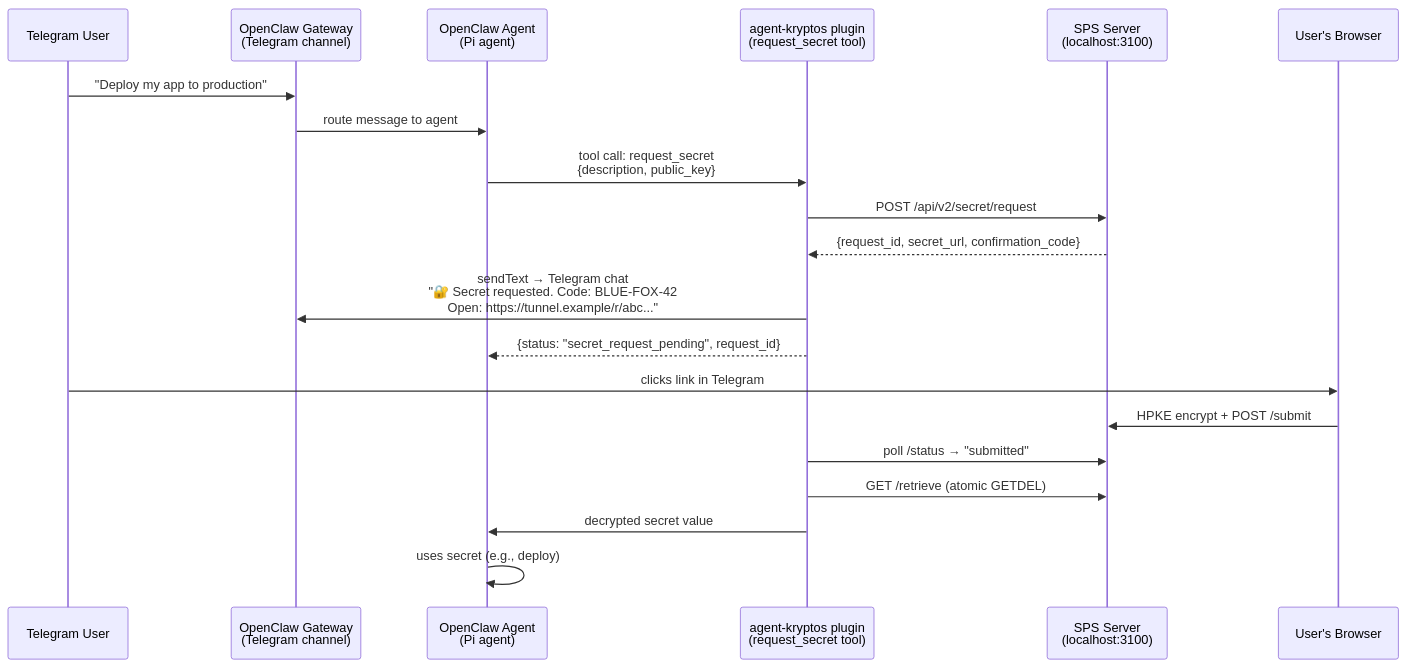
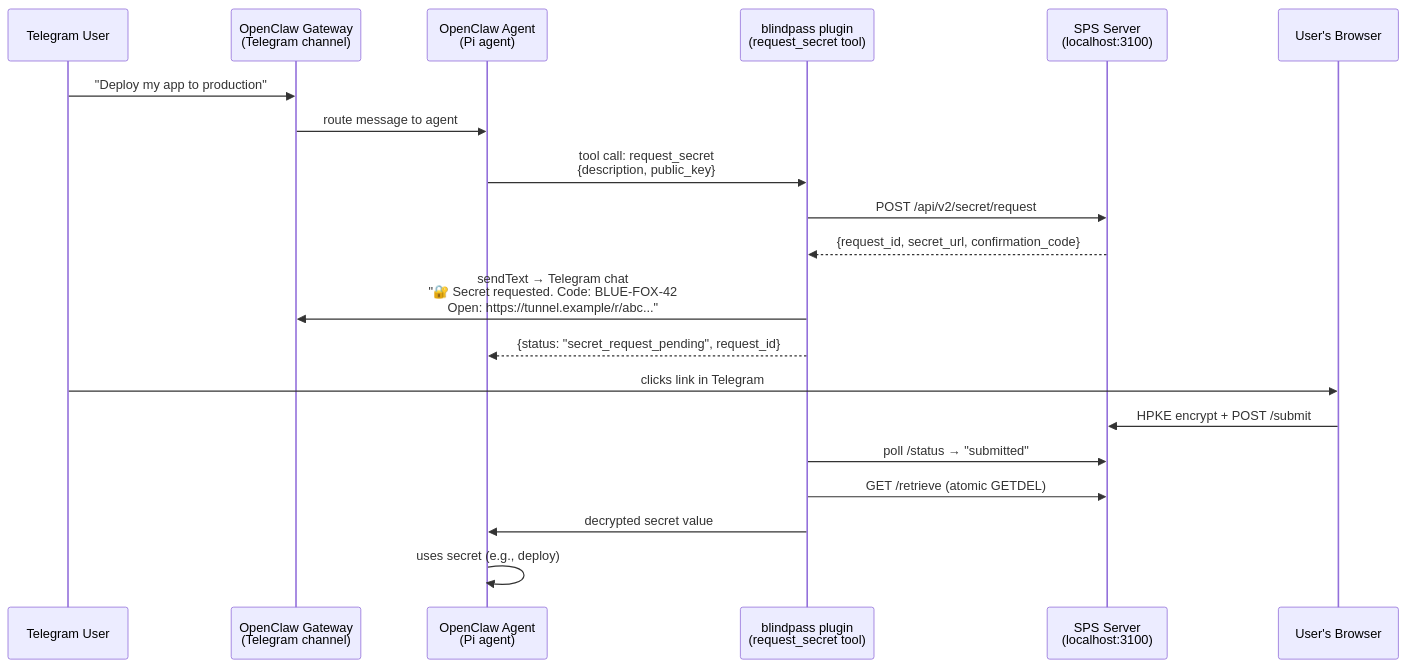
The diagram in docs/archive/old/Implementation Plan - Plugin - Telegram.md (atas-tech/agent-kryptos), drawn with Mermaid before and after one commit. The commit also changed other lines of this file and 66 other files, not shown here.

````diff
--- a/docs/archive/old/Implementation Plan - Plugin - Telegram.md
+++ b/docs/archive/old/Implementation Plan - Plugin - Telegram.md
@@ -20,25 +20,25 @@
 ```mermaid
 sequenceDiagram
     participant User as Telegram User
     participant TG as OpenClaw Gateway<br/>(Telegram channel)
     participant Agent as OpenClaw Agent<br/>(Pi agent)
-    participant Plugin as agent-kryptos plugin<br/>(request_secret tool)
+    participant Plugin as blindpass plugin<br/>(request_secret tool)
     participant SPS as SPS Server<br/>(localhost:3100)
     participant Browser as User's Browser
 
     User->>TG: "Deploy my app to production"
     TG->>Agent: route message to agent
     Agent->>Plugin: tool call: request_secret<br/>{description, public_key}
     Plugin->>SPS: POST /api/v2/secret/request
     SPS-->>Plugin: {request_id, secret_url, confirmation_code}
     Plugin->>TG: sendText → Telegram chat<br/>"🔐 Secret requested. Code: BLUE-FOX-42<br/>Open: https://tunnel.example/r/abc..."
     Plugin-->>Agent: {status: "secret_request_pending", request_id}
     
     User->>Browser: clicks link in Telegram
     Browser->>SPS: HPKE encrypt + POST /submit
     
     Plugin->>SPS: poll /status → "submitted"
     Plugin->>SPS: GET /retrieve (atomic GETDEL)
     Plugin->>Agent: decrypted secret value
     Agent->>Agent: uses secret (e.g., deploy)
 ```
````
